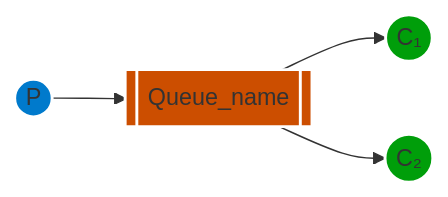
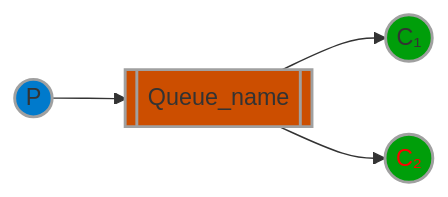
Before and after one commit to Zorin-Mykhailo/Hillel2024__DotNET: the seventh of 7 diagrams in COURSE/THEORY/RabbitMQ/RabbitMQ_tutorials.md, drawn with Mermaid. The commit also changed other lines of this file, not shown here.

````diff
--- a/COURSE/THEORY/RabbitMQ/RabbitMQ_tutorials.md
+++ b/COURSE/THEORY/RabbitMQ/RabbitMQ_tutorials.md
@@ -301,15 +301,15 @@
 ```mermaid
 flowchart LR;
     P((P))
     Q[[Queue_name]]
     C1((C₁))
     C2((C₂))
 
-    style P fill:#007ACC, stroke:#FFFFFF,stroke-width:2px
-    style Q fill:#CC4E00, stroke:#FFFFFF,stroke-width:2px
-    style C1 fill:#009E0A, stroke:#FFFFFF,stroke-width:2px
-    style C2 fill:#009E0A, stroke:#FFFFFF,stroke-width:2px
+    style P fill:#007ACC, stroke:#A0A0A0,stroke-width:2px
+    style Q fill:#CC4E00, stroke:#A0A0A0,stroke-width:2px
+    style C1 fill:#009E0A, stroke:#A0A0A0,stroke-width:2px
+    style C2 fill:#009E0A, stroke:#A0A0A0,stroke-width:2px, color:#FF0000
 
     P-->Q-->C1
     Q-->C2
 ```
````
